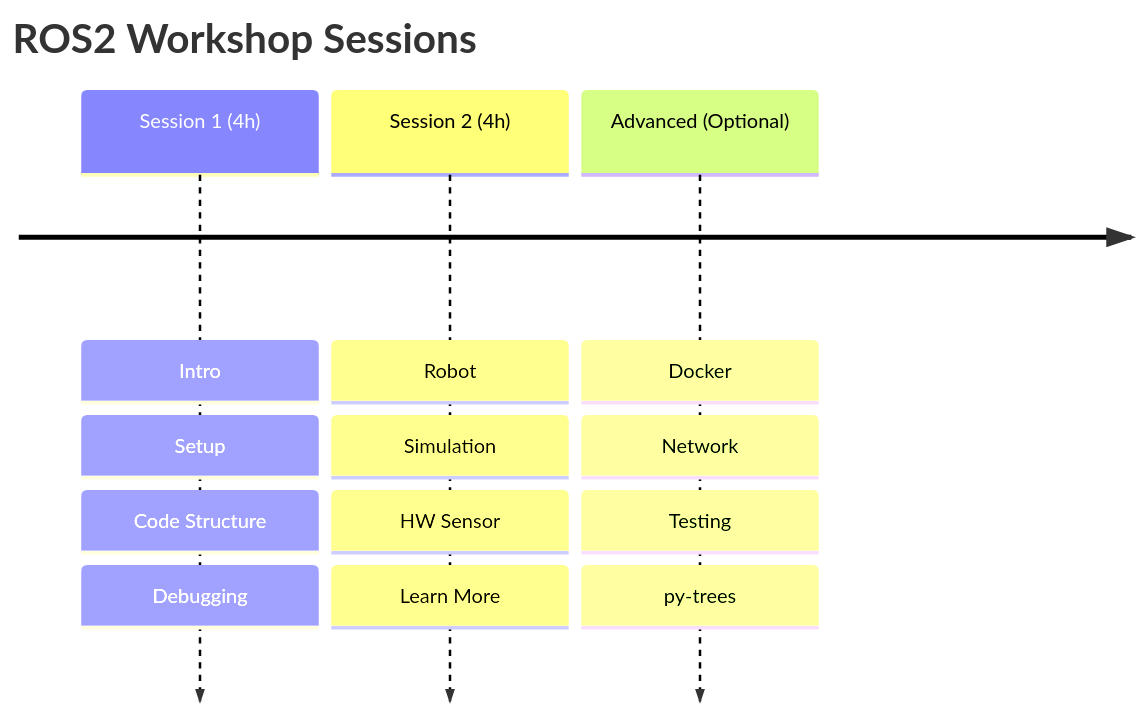
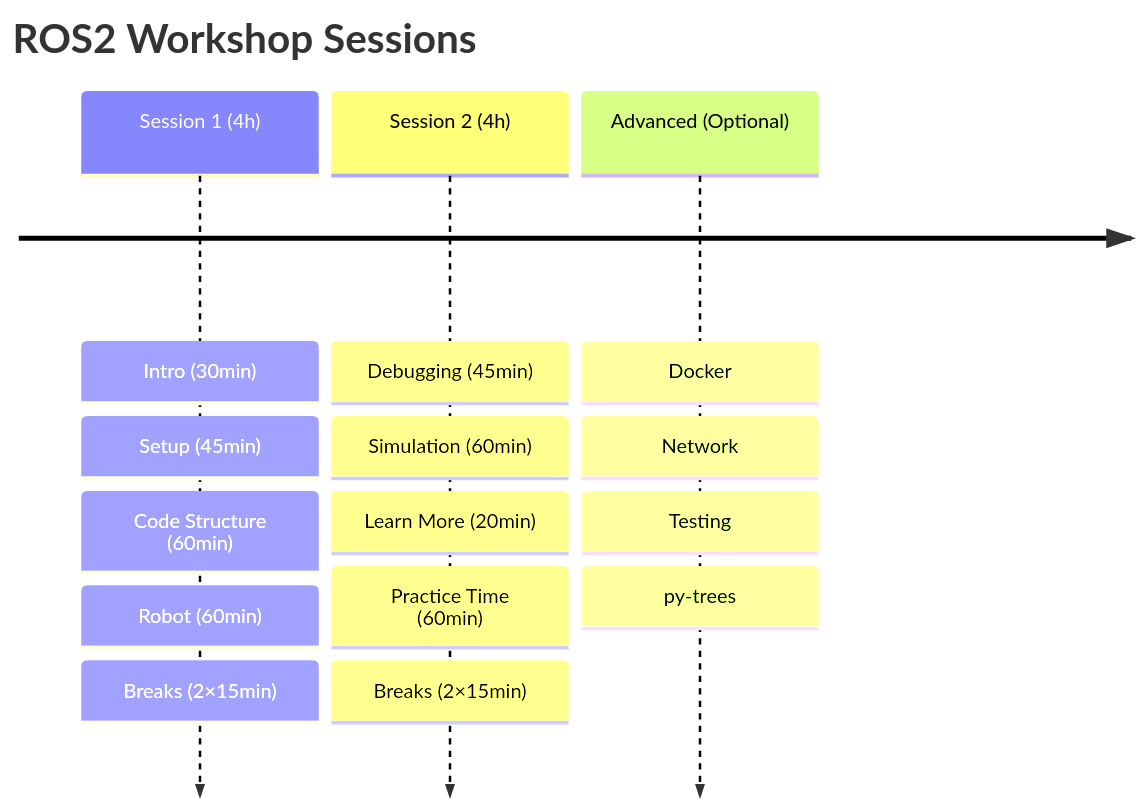
The first of 5 diagrams in ros2-workshop-modular-architecture.md (DynoRobotics/dyno_ros2_courses), drawn with Mermaid before and after one commit. The commit also changed other lines of this file and 13 other files, not shown here.

````diff
--- a/ros2-workshop-modular-architecture.md
+++ b/ros2-workshop-modular-architecture.md
@@ -9,19 +9,21 @@
 ```mermaid
 timeline
     title ROS2 Workshop Sessions
-    
-    Session 1 (4h) : Intro
-                   : Setup
-                   : Code Structure
-                   : Debugging
-    
-    Session 2 (4h) : Robot
-                   : Simulation
-                   : HW Sensor
-                   : Learn More
-    
+
+    Session 1 (4h) : Intro (30min)
+                   : Setup (45min)
+                   : Code Structure (60min)
+                   : Robot (60min)
+                   : Breaks (2×15min)
+
+    Session 2 (4h) : Debugging (45min)
+                   : Simulation (60min)
+                   : Learn More (20min)
+                   : Practice Time (60min)
+                   : Breaks (2×15min)
+
     Advanced (Optional) : Docker
                         : Network
                         : Testing
                         : py-trees
 ```
````
